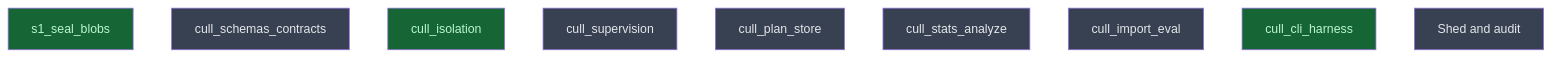
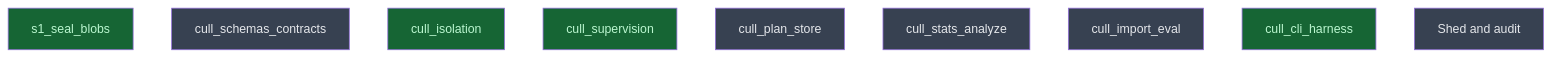
Before and after one commit to CrackingShells/Candler: the diagram in __roadmap__/diet/README.md, drawn with Mermaid. The commit also changed other lines of this file, not shown here.

Commit message:
rdm(api): mark cull_supervision done

````diff
--- a/__roadmap__/diet/README.md
+++ b/__roadmap__/diet/README.md
@@ -21,17 +21,17 @@
 ```mermaid
 graph TD
     s1_seal_blobs[s1_seal_blobs]:::done
     cull_schemas_contracts[cull_schemas_contracts]:::planned
     cull_isolation[cull_isolation]:::done
-    cull_supervision[cull_supervision]:::planned
+    cull_supervision[cull_supervision]:::done
     cull_plan_store[cull_plan_store]:::planned
     cull_stats_analyze[cull_stats_analyze]:::planned
     cull_import_eval[cull_import_eval]:::planned
     cull_cli_harness[cull_cli_harness]:::done
     shed[Shed and audit]:::planned
     classDef done       fill:#166534,color:#bbf7d0
     classDef inprogress fill:#854d0e,color:#fef08a
     classDef planned    fill:#374151,color:#e5e7eb
     classDef amendment  fill:#1e3a5f,color:#bfdbfe
     classDef blocked    fill:#7f1d1d,color:#fecaca
 ```
````
